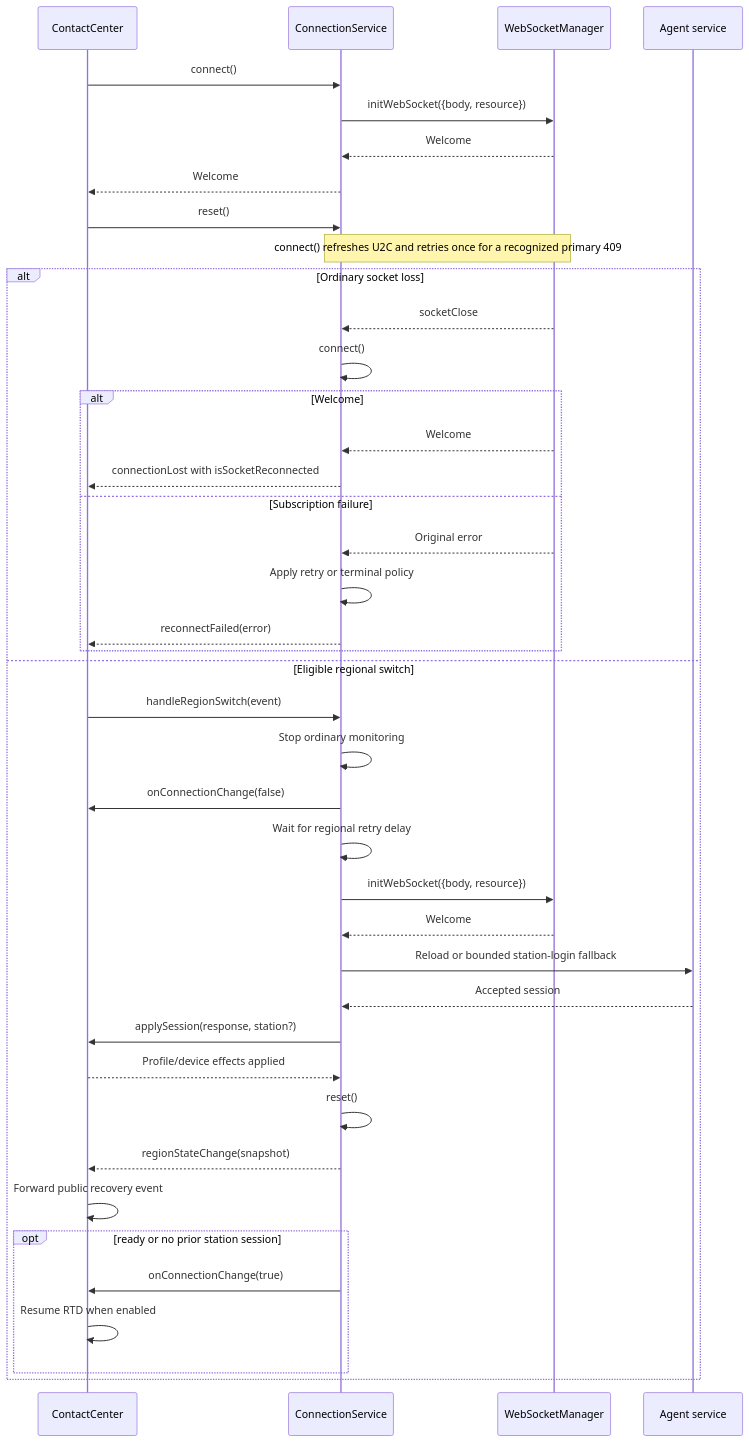
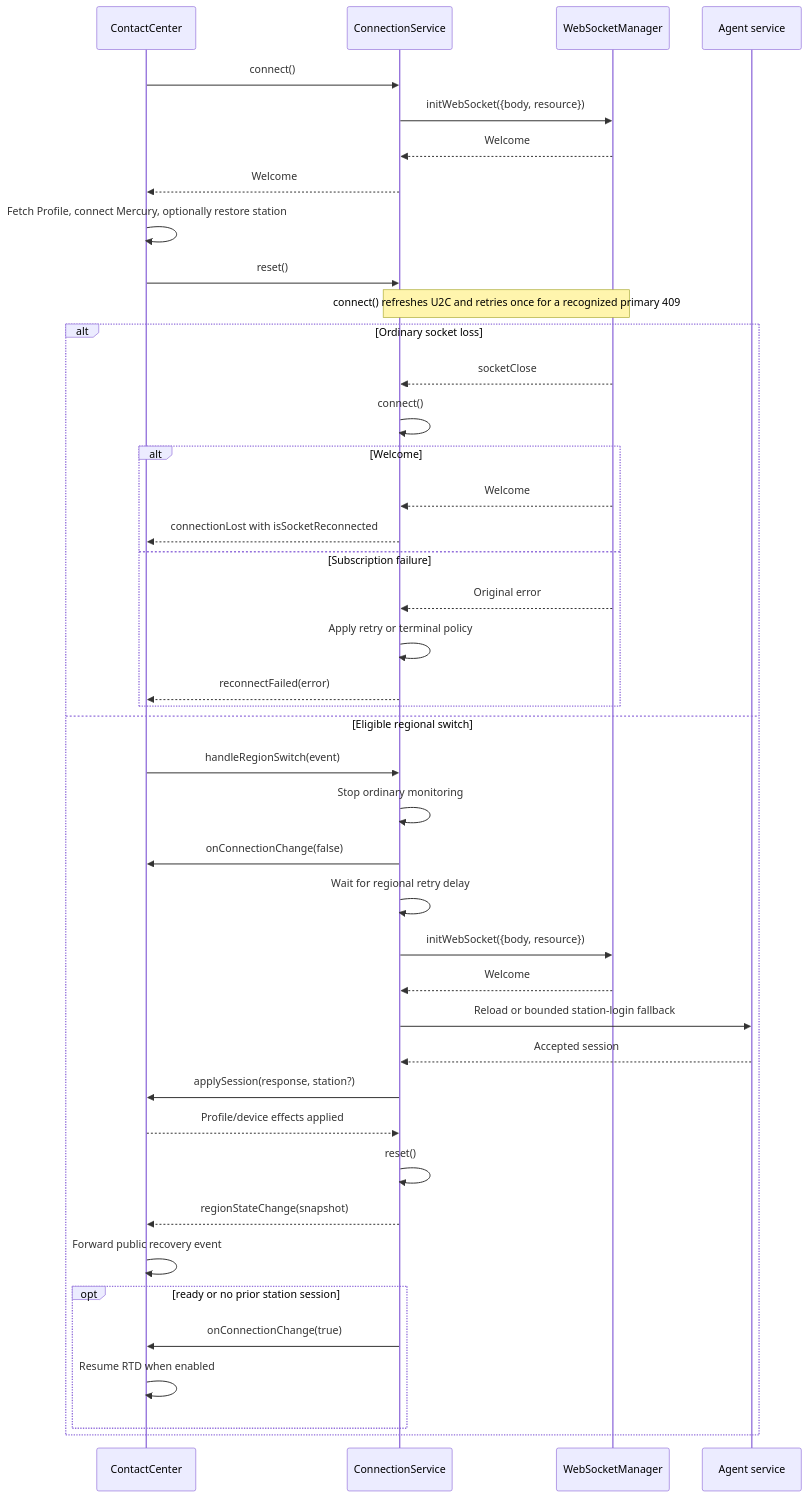
One commit to webex/webex-js-sdk changed the fourth of 7 diagrams in packages/@webex/contact-center/src/services/core/docs/README.md. Above: the diagram before and after it, drawn with Mermaid. The commit also changed other lines of this file and 7 other files, not shown here.

````diff
--- a/packages/@webex/contact-center/src/services/core/docs/README.md
+++ b/packages/@webex/contact-center/src/services/core/docs/README.md
@@ -429,43 +429,44 @@
 ```mermaid
 sequenceDiagram
   participant CC as ContactCenter
   participant CS as ConnectionService
   participant WS as WebSocketManager
   participant Agent as Agent service
   CC->>CS: connect()
   CS->>WS: initWebSocket({body, resource})
   WS-->>CS: Welcome
   CS-->>CC: Welcome
+  CC->>CC: Fetch Profile, connect Mercury, optionally restore station
   CC->>CS: reset()
   Note over CS,WS: connect() refreshes U2C and retries once for a recognized primary 409
   alt Ordinary socket loss
     WS-->>CS: socketClose
     CS->>CS: connect()
     alt Welcome
       WS-->>CS: Welcome
       CS-->>CC: connectionLost with isSocketReconnected
     else Subscription failure
       WS-->>CS: Original error
       CS->>CS: Apply retry or terminal policy
       CS-->>CC: reconnectFailed(error)
     end
   else Eligible regional switch
     CC->>CS: handleRegionSwitch(event)
     CS->>CS: Stop ordinary monitoring
     CS->>CC: onConnectionChange(false)
     CS->>CS: Wait for regional retry delay
     CS->>WS: initWebSocket({body, resource})
     WS-->>CS: Welcome
     CS->>Agent: Reload or bounded station-login fallback
     Agent-->>CS: Accepted session
     CS->>CC: applySession(response, station?)
     CC-->>CS: Profile/device effects applied
     CS->>CS: reset()
     CS-->>CC: regionStateChange(snapshot)
     CC->>CC: Forward public recovery event
     opt ready or no prior station session
       CS->>CC: onConnectionChange(true)
       CC->>CC: Resume RTD when enabled
     end
   end
 ```
````
